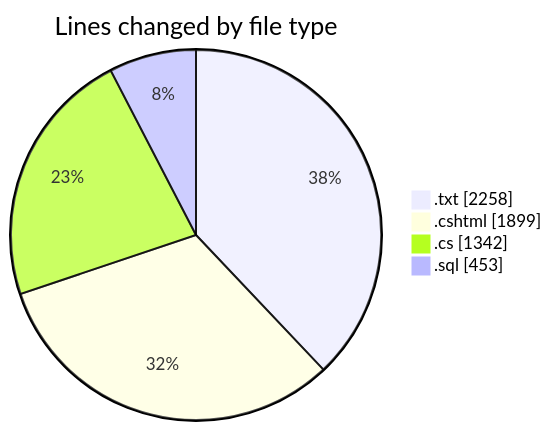
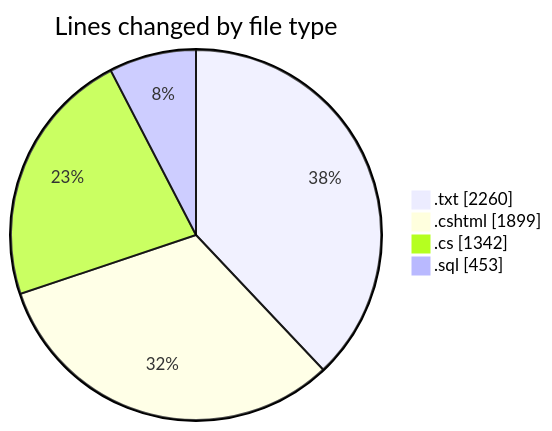
The first of 2 diagrams in 2025-07-25/quanlyrapchieuphim-1/README.md (lephambinh05/code-tracking), drawn with Mermaid before and after one commit. The commit also changed other lines of this file and 1 other file, not shown here.

````diff
--- a/2025-07-25/quanlyrapchieuphim-1/README.md
+++ b/2025-07-25/quanlyrapchieuphim-1/README.md
@@ -25,8 +25,8 @@
 ```mermaid
 pie showData
 title Lines changed by file type
-".txt" : 2258
+".txt" : 2260
 ".cshtml" : 1899
 ".cs" : 1342
 ".sql" : 453
 ```
````
